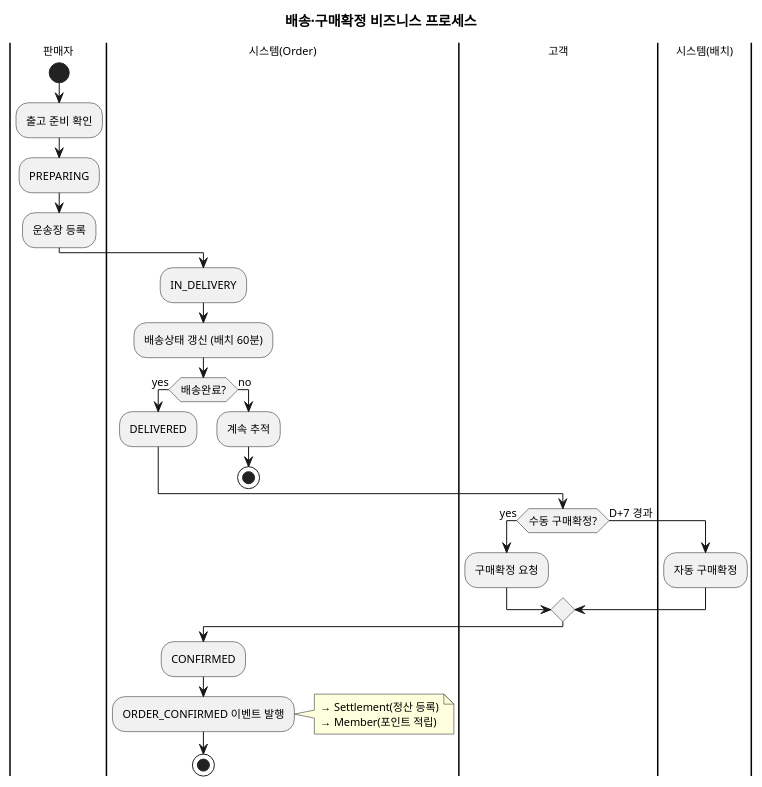
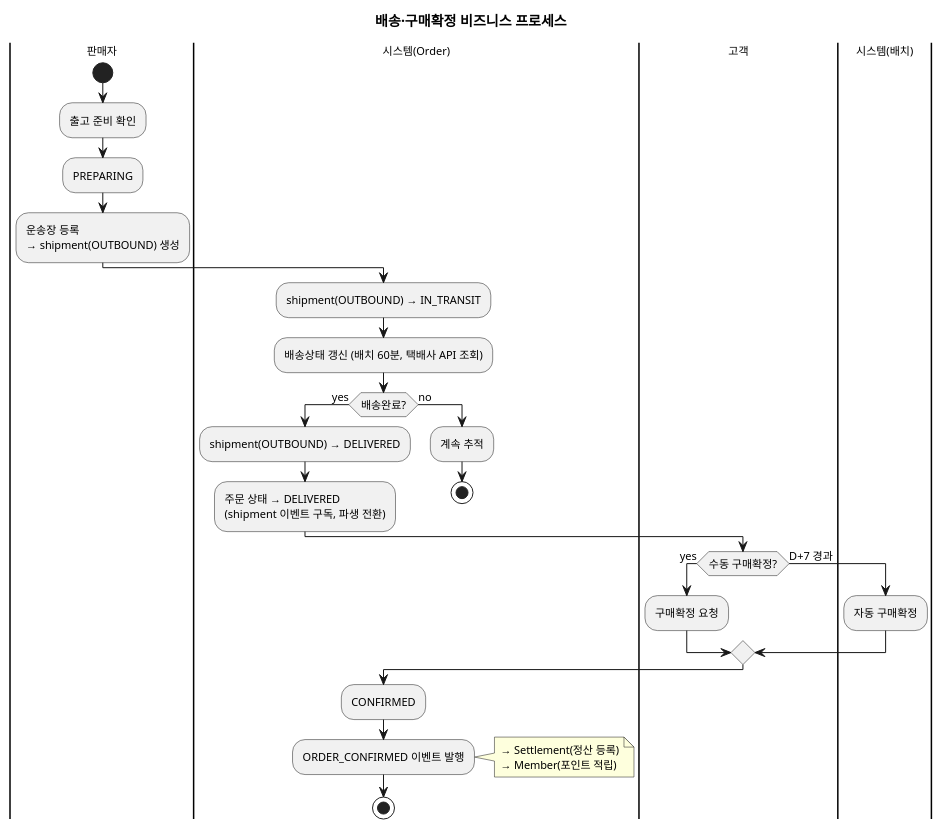
The second of 4 diagrams in docs/자산화-단계별/S2-구조설계/11-비즈니스프로세스(Order).md (parknahyun/runNShop), drawn with PlantUML before and after one commit. The commit also changed other lines of this file and 14 other files, not shown here.

````diff
--- a/docs/자산화-단계별/S2-구조설계/11-비즈니스프로세스(Order).md
+++ b/docs/자산화-단계별/S2-구조설계/11-비즈니스프로세스(Order).md
@@ -77,39 +79,40 @@
 ```plantuml
 @startuml
 skinparam backgroundColor transparent
 skinparam defaultFontSize 11
 title 배송·구매확정 비즈니스 프로세스
 
 |판매자|
 start
 :출고 준비 확인;
 :PREPARING;
-:운송장 등록;
+:운송장 등록\n→ shipment(OUTBOUND) 생성;
 
 |시스템(Order)|
-:IN_DELIVERY;
-:배송상태 갱신 (배치 60분);
+:shipment(OUTBOUND) → IN_TRANSIT;
+:배송상태 갱신 (배치 60분, 택배사 API 조회);
 
 if (배송완료?) then (yes)
-  :DELIVERED;
+  :shipment(OUTBOUND) → DELIVERED;
+  :주문 상태 → DELIVERED\n(shipment 이벤트 구독, 파생 전환);
 else (no)
   :계속 추적;
   stop
 endif
 
 |고객|
 if (수동 구매확정?) then (yes)
   :구매확정 요청;
 else (D+7 경과)
   |시스템(배치)|
   :자동 구매확정;
 endif
 
 |시스템(Order)|
 :CONFIRMED;
 :ORDER_CONFIRMED 이벤트 발행;
 note right: → Settlement(정산 등록)\n→ Member(포인트 적립)
 stop
 
 @enduml
 ```
````
